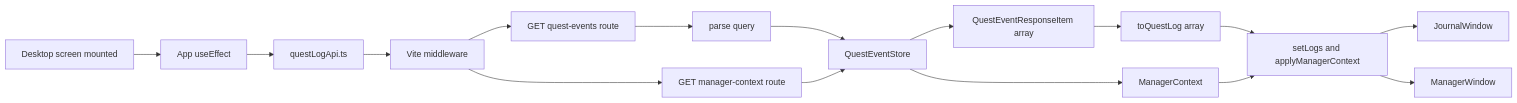
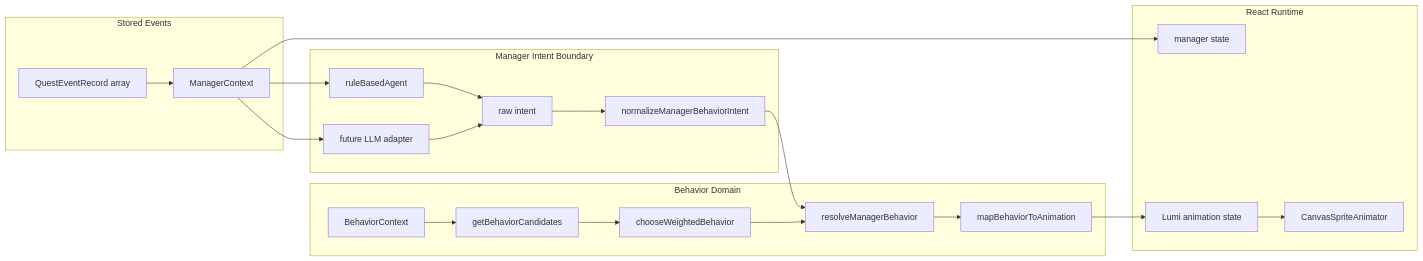
The third of 5 diagrams in docs/architecture-data-flow.md (Mureung1/hub-showcase), drawn with Mermaid before and after one commit. The commit also changed other lines of this file and 15 other files, not shown here.

````diff
--- a/docs/architecture-data-flow.md
+++ b/docs/architecture-data-flow.md
@@ -131,33 +175,43 @@
 ```mermaid
 flowchart LR
-  Desktop["Desktop screen mounted"]
-  AppEffect["App useEffect"]
-  Adapter["questLogApi.ts"]
-  Vite["Vite middleware"]
-  EventsRoute["GET quest-events route"]
-  ContextRoute["GET manager-context route"]
-  QueryContract["parse query"]
-  Store["QuestEventStore"]
-  EventItems["QuestEventResponseItem array"]
-  Logs["toQuestLog array"]
-  Context["ManagerContext"]
-  AppState["setLogs and applyManagerContext"]
-  Journal["JournalWindow"]
-  Manager["ManagerWindow"]
+  subgraph Data["Stored Events"]
+    Records["QuestEventRecord array"]
+    Context["ManagerContext"]
+  end
 
-  Desktop --> AppEffect
-  AppEffect --> Adapter
-  Adapter --> Vite
-  Vite --> EventsRoute
-  Vite --> ContextRoute
-  EventsRoute --> QueryContract
-  QueryContract --> Store
-  ContextRoute --> Store
-  Store --> EventItems
-  Store --> Context
-  EventItems --> Logs
-  Logs --> AppState
-  Context --> AppState
-  AppState --> Journal
-  AppState --> Manager
+  subgraph Intent["Manager Intent Boundary"]
+    RuleAgent["ruleBasedAgent"]
+    FutureLLM["future LLM adapter"]
+    RawIntent["raw intent"]
+    Normalize["normalizeManagerBehaviorIntent"]
+  end
+
+  subgraph Behavior["Behavior Domain"]
+    BehaviorContext["BehaviorContext"]
+    Candidates["getBehaviorCandidates"]
+    Weighted["chooseWeightedBehavior"]
+    Adapter["resolveManagerBehavior"]
+    Animation["mapBehaviorToAnimation"]
+  end
+
+  subgraph React["React Runtime"]
+    ManagerState["manager state"]
+    PetState["Lumi animation state"]
+    Canvas["CanvasSpriteAnimator"]
+  end
+
+  Records --> Context
+  Context --> RuleAgent
+  Context --> FutureLLM
+  RuleAgent --> RawIntent
+  FutureLLM --> RawIntent
+  RawIntent --> Normalize
+  Normalize --> Adapter
+  BehaviorContext --> Candidates
+  Candidates --> Weighted
+  Weighted --> Adapter
+  Adapter --> Animation
+  Context --> ManagerState
+  Animation --> PetState
+  PetState --> Canvas
 ```
````
